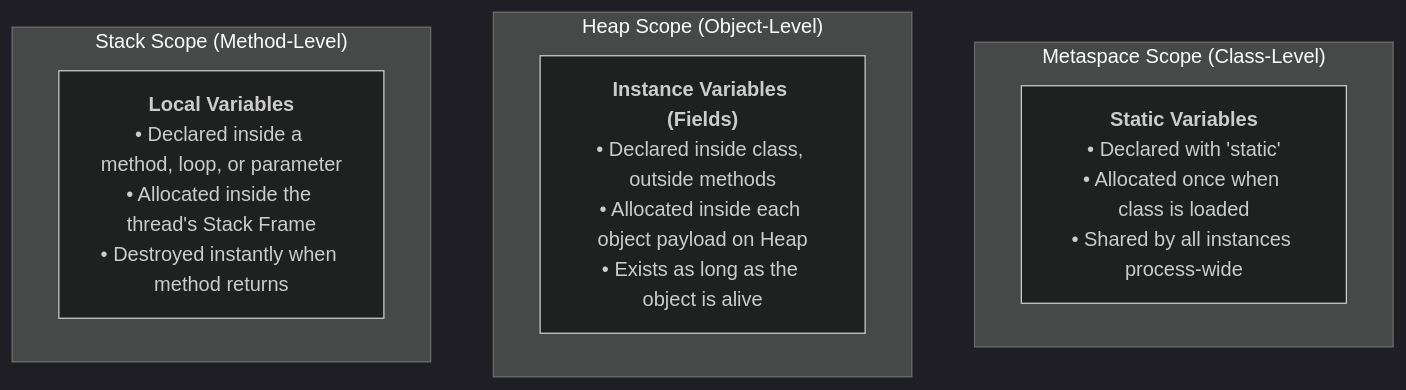
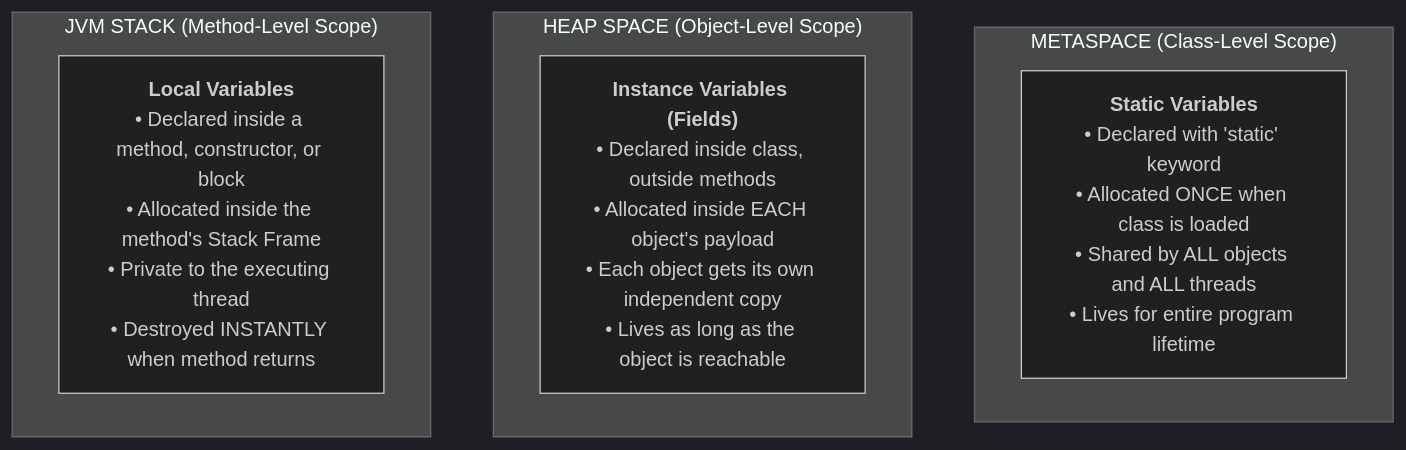
One commit to SrinuRenangi/Gen-AI-Java changed the second of 4 diagrams in Phase_01_Java_Foundations/Day_02_OOP_Classes_Objects_Memory/Day_02_OOP_Classes_Objects_Memory.md. Above: the diagram before and after it, drawn with Mermaid (dark theme). The commit also changed other lines of this file and 4 other files, not shown here.

````diff
--- a/Phase_01_Java_Foundations/Day_02_OOP_Classes_Objects_Memory/Day_02_OOP_Classes_Objects_Memory.md
+++ b/Phase_01_Java_Foundations/Day_02_OOP_Classes_Objects_Memory/Day_02_OOP_Classes_Objects_Memory.md
@@ -80,14 +350,14 @@
 ```mermaid
 graph TD
-    subgraph MetaspaceScope ["Metaspace Scope (Class-Level)"]
-        S1["<b>Static Variables</b><br>• Declared with 'static'<br>• Allocated once when class is loaded<br>• Shared by all instances process-wide"]
+    subgraph MetaspaceScope ["METASPACE (Class-Level Scope)"]
+        S1["<b>Static Variables</b><br>• Declared with 'static' keyword<br>• Allocated ONCE when class is loaded<br>• Shared by ALL objects and ALL threads<br>• Lives for entire program lifetime"]
     end
 
-    subgraph HeapScope ["Heap Scope (Object-Level)"]
-        H1["<b>Instance Variables (Fields)</b><br>• Declared inside class, outside methods<br>• Allocated inside each object payload on Heap<br>• Exists as long as the object is alive"]
+    subgraph HeapScope ["HEAP SPACE (Object-Level Scope)"]
+        H1["<b>Instance Variables (Fields)</b><br>• Declared inside class, outside methods<br>• Allocated inside EACH object's payload<br>• Each object gets its own independent copy<br>• Lives as long as the object is reachable"]
     end
 
-    subgraph StackScope ["Stack Scope (Method-Level)"]
-        L1["<b>Local Variables</b><br>• Declared inside a method, loop, or parameter<br>• Allocated inside the thread's Stack Frame<br>• Destroyed instantly when method returns"]
+    subgraph StackScope ["JVM STACK (Method-Level Scope)"]
+        L1["<b>Local Variables</b><br>• Declared inside a method, constructor, or block<br>• Allocated inside the method's Stack Frame<br>• Private to the executing thread<br>• Destroyed INSTANTLY when method returns"]
     end
 ```
````
